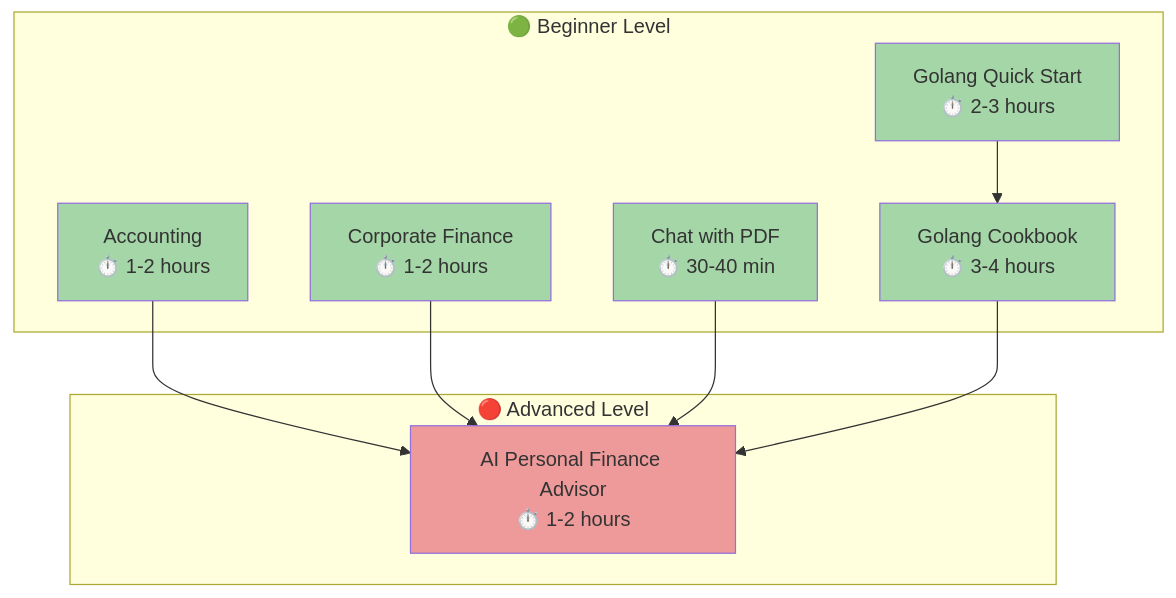
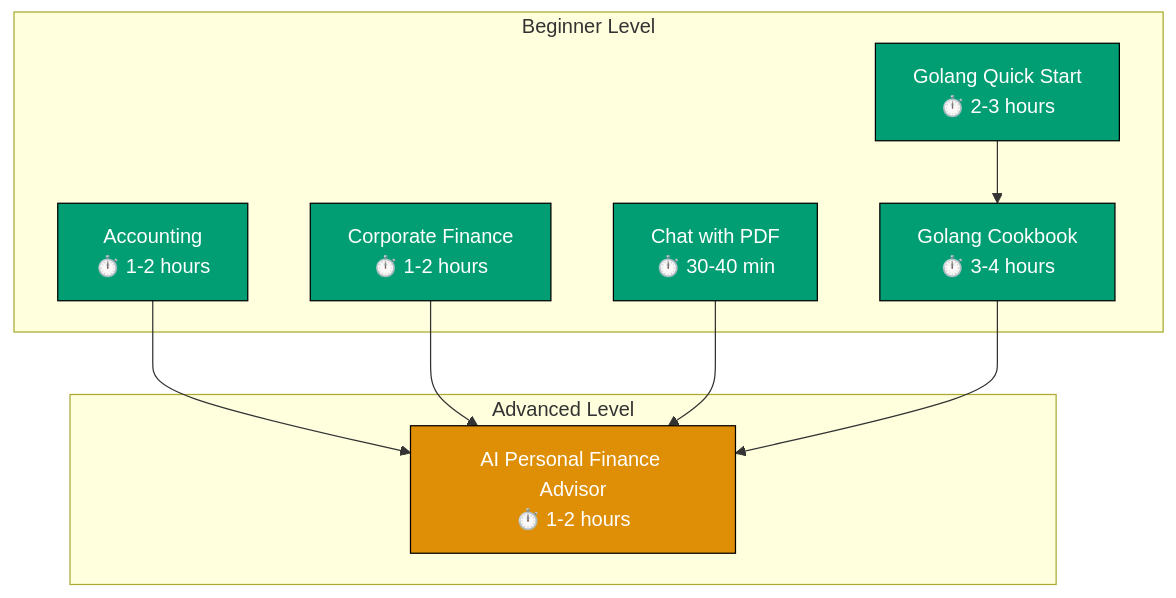
The first of 5 diagrams in docs/tutorials/README.md (wahidyankf/open-sharia-enterprise), drawn with Mermaid before and after one commit. The commit also changed other lines of this file and 22 other files, not shown here.

First line of the commit message:
docs(diagrams): ensure all mermaid diagrams use color-blind friendly palette

````diff
--- a/docs/tutorials/README.md
+++ b/docs/tutorials/README.md
@@ -19,30 +22,30 @@
 ```mermaid
 graph TB
-	subgraph "🟢 Beginner Level"
+	subgraph "Beginner Level"
 		A[Accounting<br/>⏱️ 1-2 hours]
 		B[Corporate Finance<br/>⏱️ 1-2 hours]
 		C[Chat with PDF<br/>⏱️ 30-40 min]
 		E[Golang Quick Start<br/>⏱️ 2-3 hours]
 		F[Golang Cookbook<br/>⏱️ 3-4 hours]
 	end
 
-	subgraph "🔴 Advanced Level"
+	subgraph "Advanced Level"
 		D[AI Personal Finance Advisor<br/>⏱️ 1-2 hours]
 	end
 
 	A --> D
 	B --> D
 	C --> D
 	E --> F
 	F --> D
 
-	style A fill:#a5d6a7
-	style B fill:#a5d6a7
-	style C fill:#a5d6a7
-	style E fill:#a5d6a7
-	style F fill:#a5d6a7
-	style D fill:#ef9a9a
+	style A fill:#029E73,stroke:#000000,color:#FFFFFF
+	style B fill:#029E73,stroke:#000000,color:#FFFFFF
+	style C fill:#029E73,stroke:#000000,color:#FFFFFF
+	style E fill:#029E73,stroke:#000000,color:#FFFFFF
+	style F fill:#029E73,stroke:#000000,color:#FFFFFF
+	style D fill:#DE8F05,stroke:#000000,color:#FFFFFF
 
-	classDef beginner fill:#a5d6a7,stroke:#4caf50,stroke-width:2px
-	classDef advanced fill:#ef9a9a,stroke:#e53935,stroke-width:2px
+	classDef beginner fill:#029E73,stroke:#000000,color:#FFFFFF,stroke-width:2px
+	classDef advanced fill:#DE8F05,stroke:#000000,color:#FFFFFF,stroke-width:2px
 ```
````
